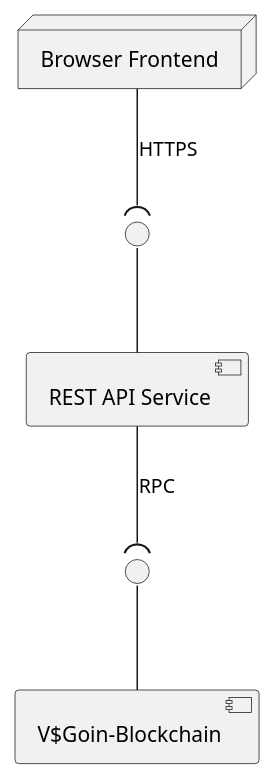
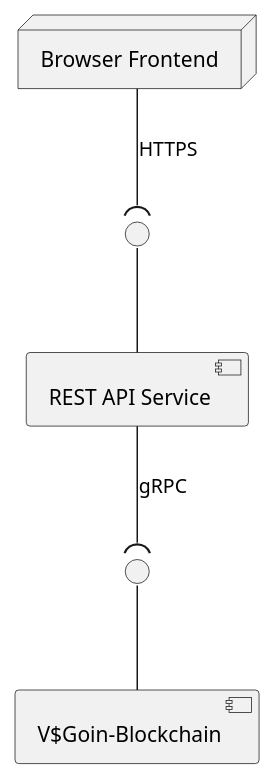
One commit to bjoern621/VSP-Blockchain changed the first of 2 diagrams in docs/arc42/arc42-Api/API.md. Above: the diagram before and after it, drawn with PlantUML. The commit also changed other lines of this file, not shown here.

`````diff
--- a/docs/arc42/arc42-Api/API.md
+++ b/docs/arc42/arc42-Api/API.md
@@ -122,22 +122,22 @@
 ````plantuml
 @startuml
 node "Browser Frontend" as browser
 
 component "REST API Service" as api
 
 
   component "V$Goin-Blockchain" as blockChain
 
 ' Lollipop-Schnittstelle am REST API Service
 interface " " as apiInterface
 apiInterface -- api
 
 ' Browser nutzt die Schnittstelle
 browser --( apiInterface : HTTPS
 
 ' REST API hängt von Blockchain ab
 interface " " as blockchainApi
 blockchainApi -- blockChain
-api --( blockchainApi : RPC
+api --( blockchainApi : gRPC
 @enduml
 ````
`````
